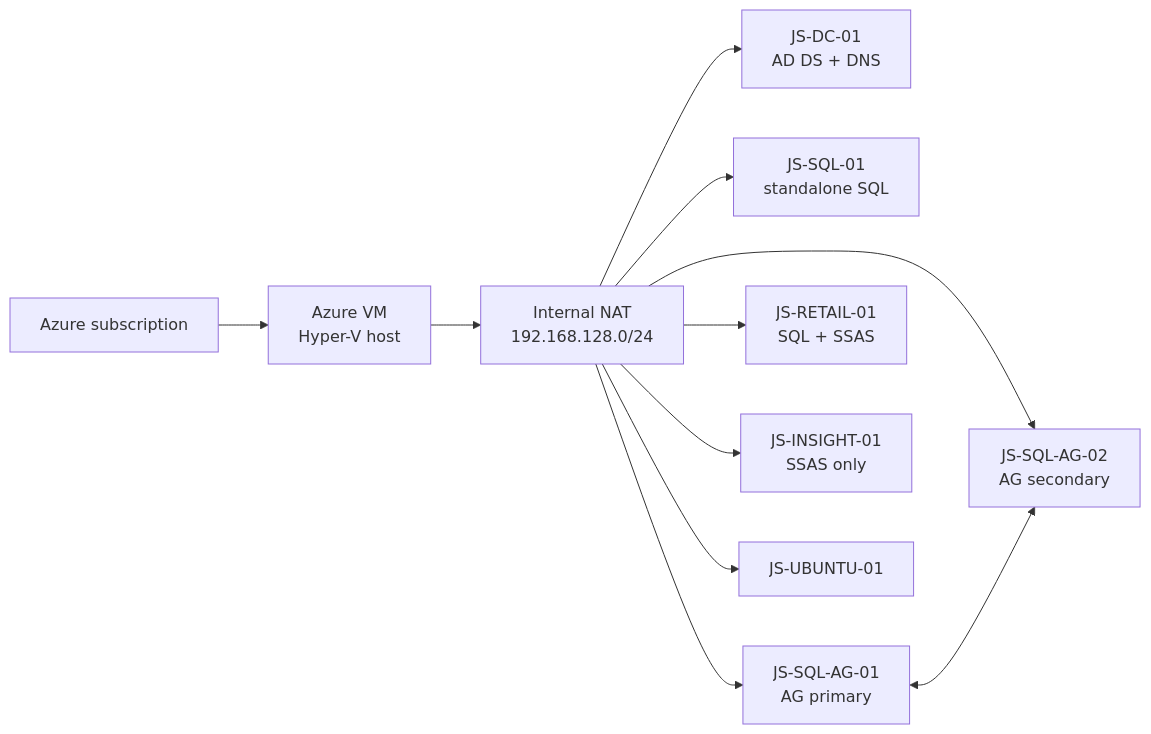
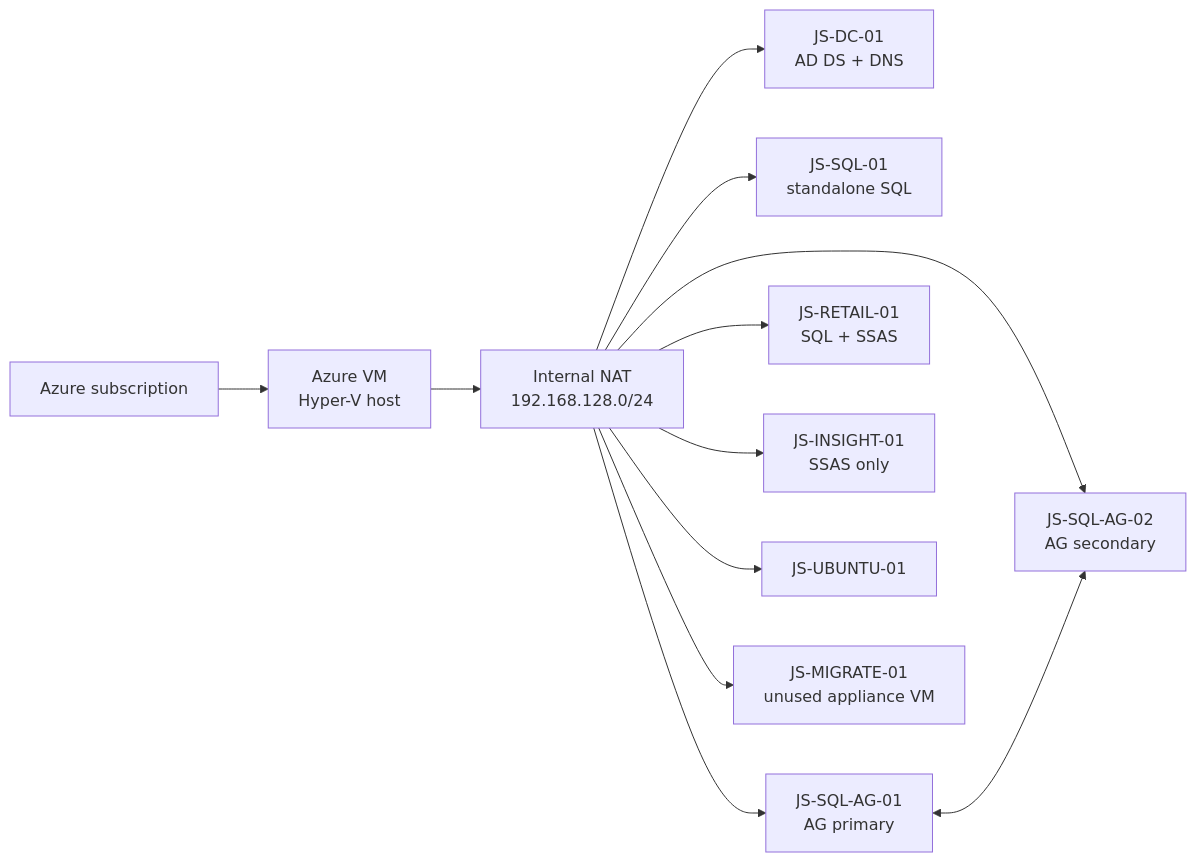
Before and after one commit to markgar/arc-jumpstart: the diagram in README.md, drawn with Mermaid. The commit also changed other lines of this file and 68 other files, not shown here.

````diff
--- a/README.md
+++ b/README.md
@@ -47,13 +54,14 @@
 ```mermaid
 flowchart LR
     Azure["Azure subscription"] --> Host["Azure VM<br/>Hyper-V host"]
     Host --> NAT["Internal NAT<br/>192.168.128.0/24"]
     NAT --> DC["JS-DC-01<br/>AD DS + DNS"]
     NAT --> SQL["JS-SQL-01<br/>standalone SQL"]
     NAT --> AG1["JS-SQL-AG-01<br/>AG primary"]
     NAT --> AG2["JS-SQL-AG-02<br/>AG secondary"]
     NAT --> Mixed["JS-RETAIL-01<br/>SQL + SSAS"]
     NAT --> BI["JS-INSIGHT-01<br/>SSAS only"]
     NAT --> Linux["JS-UBUNTU-01"]
+    NAT --> Appliance["JS-MIGRATE-01<br/>unused appliance VM"]
     AG1 <--> AG2
 ```
````
